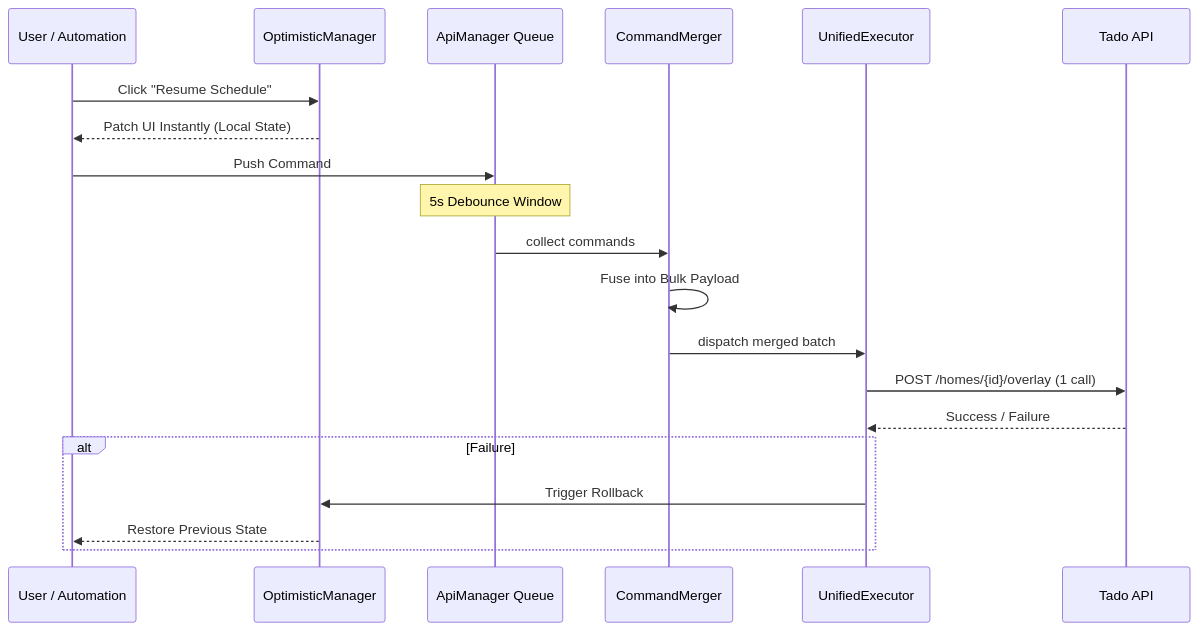
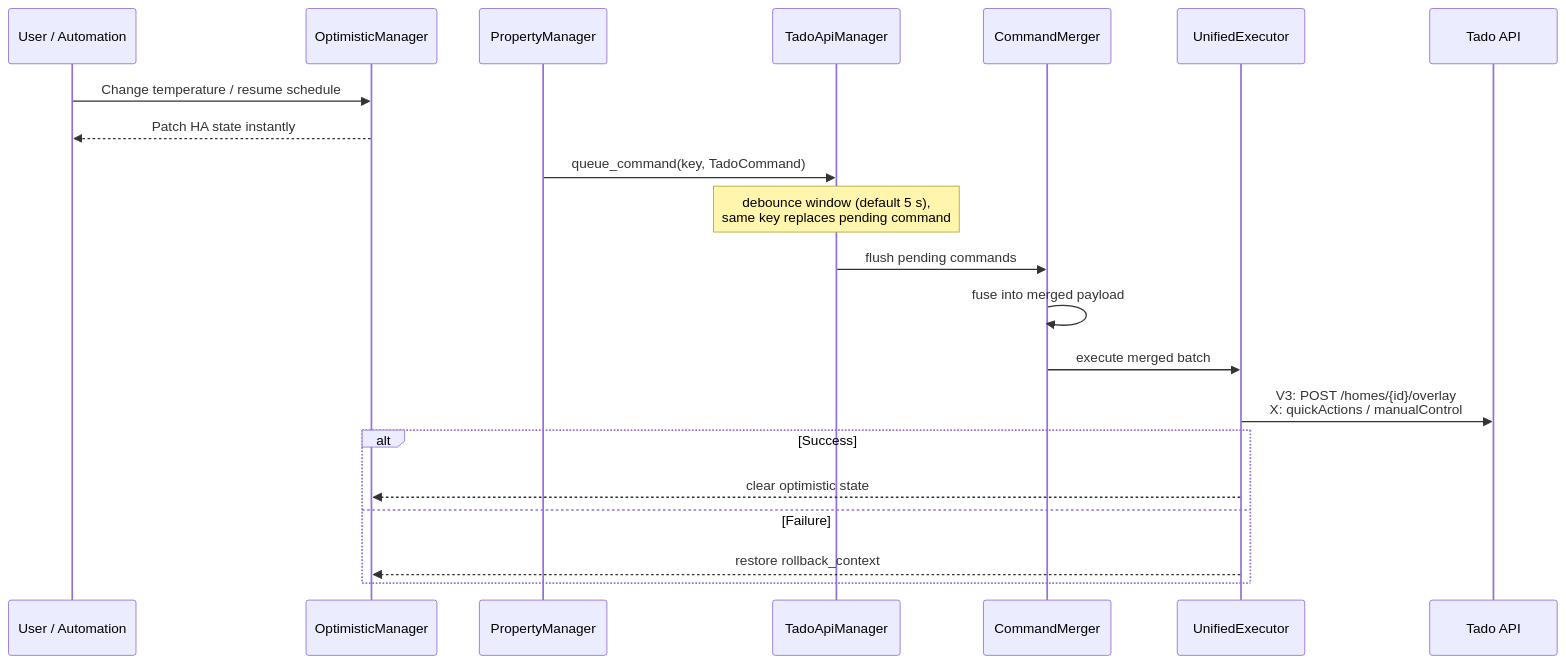
One commit to banter240/tado_hijack changed the first of 2 diagrams in docs/DESIGN.md. Above: the diagram before and after it, drawn with Mermaid. The commit also changed other lines of this file and 5 other files, not shown here.

````diff
--- a/docs/DESIGN.md
+++ b/docs/DESIGN.md
@@ -11,23 +11,24 @@
 ```mermaid
 sequenceDiagram
     participant U as User / Automation
     participant O as OptimisticManager
-    participant Q as ApiManager Queue
+    participant P as PropertyManager
+    participant Q as TadoApiManager
     participant M as CommandMerger
     participant E as UnifiedExecutor
     participant T as Tado API
 
-    U->>O: Click "Resume Schedule"
-    O-->>U: Patch UI Instantly (Local State)
-    U->>Q: Push Command
-    Note over Q: 5s Debounce Window
-    Q->>M: collect commands
-    M->>M: Fuse into Bulk Payload
-    M->>E: dispatch merged batch
-    E->>T: POST /homes/{id}/overlay (1 call)
-    T-->>E: Success / Failure
-    alt Failure
-        E->>O: Trigger Rollback
-        O-->>U: Restore Previous State
+    U->>O: Change temperature / resume schedule
+    O-->>U: Patch HA state instantly
+    P->>Q: queue_command(key, TadoCommand)
+    Note over Q: debounce window (default 5 s),<br/>same key replaces pending command
+    Q->>M: flush pending commands
+    M->>M: fuse into merged payload
+    M->>E: execute merged batch
+    E->>T: V3: POST /homes/{id}/overlay<br/>X: quickActions / manualControl
+    alt Success
+        E-->>O: clear optimistic state
+    else Failure
+        E-->>O: restore rollback_context
     end
 ```
````
